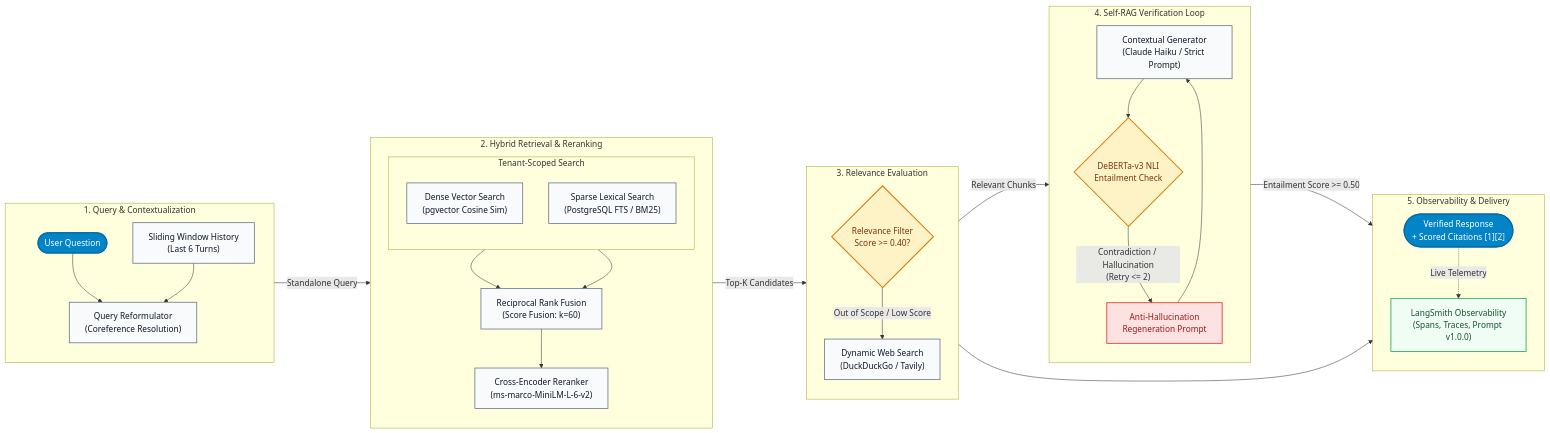
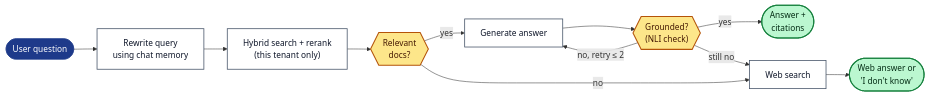
Before and after one commit to Devisri-B/Multi-Tenant-SaaS-Platform-with-an-AI-Product-Assistant: the first of 2 diagrams in README.md, drawn with Mermaid. The commit also changed other lines of this file and 5 other files, not shown here.

````diff
--- a/README.md
+++ b/README.md
@@ -16,73 +26,23 @@
 ```mermaid
+%%{init: {"flowchart": {"nodeSpacing": 40, "rankSpacing": 45, "curve": "basis"}, "themeVariables": {"fontSize": "16px"}}}%%
 flowchart LR
-    %% Adaptive Self-RAG Architecture (Landscape View)
+    Q(["User question"]) --> R["Rewrite query<br/>using chat memory"]
+    R --> H["Hybrid search + rerank<br/>(this tenant only)"]
+    H --> G1{{"Relevant<br/>docs?"}}
+    G1 -- yes --> GEN["Generate answer"]
+    GEN --> G2{{"Grounded?<br/>(NLI check)"}}
+    G2 -- yes --> A1(["Answer +<br/>citations"])
+    G2 -- "no, retry ≤ 2" --> GEN
+    G2 -- "still no" --> W["Web search"]
+    G1 -- no --> W
+    W --> A2(["Web answer or<br/>'I don't know'"])
 
-    subgraph InputStage ["1. Query & Contextualization"]
-        direction TB
-        UserQuery(["User Question"])
-        Memory["Sliding Window History<br/>(Last 6 Turns)"]
-        Rewrite["Query Reformulator<br/>(Coreference Resolution)"]
-        UserQuery --> Rewrite
-        Memory --> Rewrite
-    end
-
-    subgraph RetrievalStage ["2. Hybrid Retrieval & Reranking"]
-        direction TB
-        subgraph ConcurrentRetrieval ["Tenant-Scoped Search"]
-            direction TB
-            DenseSearch["Dense Vector Search<br/>(pgvector Cosine Sim)"]
-            SparseSearch["Sparse Lexical Search<br/>(PostgreSQL FTS / BM25)"]
-        end
-        RRF["Reciprocal Rank Fusion<br/>(Score Fusion: k=60)"]
-        Reranker["Cross-Encoder Reranker<br/>(ms-marco-MiniLM-L-6-v2)"]
-        
-        DenseSearch --> RRF
-        SparseSearch --> RRF
-        RRF --> Reranker
-    end
-
-    subgraph RoutingStage ["3. Relevance Evaluation"]
-        direction TB
-        DocGrader{"Relevance Filter<br/>Score >= 0.40?"}
-        WebSearch["Dynamic Web Search<br/>(DuckDuckGo / Tavily)"]
-    end
-
-    subgraph GenerationStage ["4. Self-RAG Verification Loop"]
-        direction TB
-        Generator["Contextual Generator<br/>(Claude Haiku / Strict Prompt)"]
-        NLIEval{"DeBERTa-v3 NLI<br/>Entailment Check"}
-        StrictRetry["Anti-Hallucination<br/>Regeneration Prompt"]
-        
-        Generator --> NLIEval
-        NLIEval -- "Contradiction / Hallucination<br/>(Retry <= 2)" --> StrictRetry
-        StrictRetry --> Generator
-    end
-
-    subgraph OutputStage ["5. Observability & Delivery"]
-        direction TB
-        FinalAnswer(["Verified Response<br/>+ Scored Citations [1][2]"])
-        Telemetry["LangSmith Observability<br/>(Spans, Traces, Prompt v1.0.0)"]
-    end
-
-    %% Cross-stage transitions (Left to Right)
-    Rewrite -->|"Standalone Query"| ConcurrentRetrieval
-    Reranker -->|"Top-K Candidates"| DocGrader
-    DocGrader -- "Relevant Chunks" --> Generator
-    DocGrader -- "Out of Scope / Low Score" --> WebSearch
-    WebSearch --> FinalAnswer
-    NLIEval -- "Entailment Score >= 0.50" --> FinalAnswer
-    FinalAnswer -. "Live Telemetry" .-> Telemetry
-
-    %% Styling
-    classDef startEnd fill:#0284c7,stroke:#0369a1,color:#ffffff,stroke-width:2px;
-    classDef step fill:#f8fafc,stroke:#64748b,color:#0f172a,stroke-width:1.5px;
-    classDef decision fill:#fef3c7,stroke:#d97706,color:#78350f,stroke-width:2px;
-    classDef retry fill:#fee2e2,stroke:#dc2626,color:#991b1b,stroke-width:1.5px;
-    classDef obs fill:#f0fdf4,stroke:#16a34a,color:#14532d,stroke-width:1.5px;
-
-    class UserQuery,FinalAnswer startEnd;
-    class Memory,Rewrite,DenseSearch,SparseSearch,RRF,Reranker,Generator,WebSearch step;
-    class DocGrader,NLIEval decision;
-    class StrictRetry retry;
-    class Telemetry obs;
+    classDef io fill:#1e3a8a,stroke:#1e3a8a,color:#ffffff
+    classDef step fill:#ffffff,stroke:#475569,color:#0f172a,stroke-width:1.5px
+    classDef guard fill:#fde68a,stroke:#b45309,color:#451a03,stroke-width:2px
+    classDef out fill:#bbf7d0,stroke:#15803d,color:#052e16,stroke-width:2px
+    class Q io
+    class R,H,GEN,W step
+    class G1,G2 guard
+    class A1,A2 out
 ```
````
